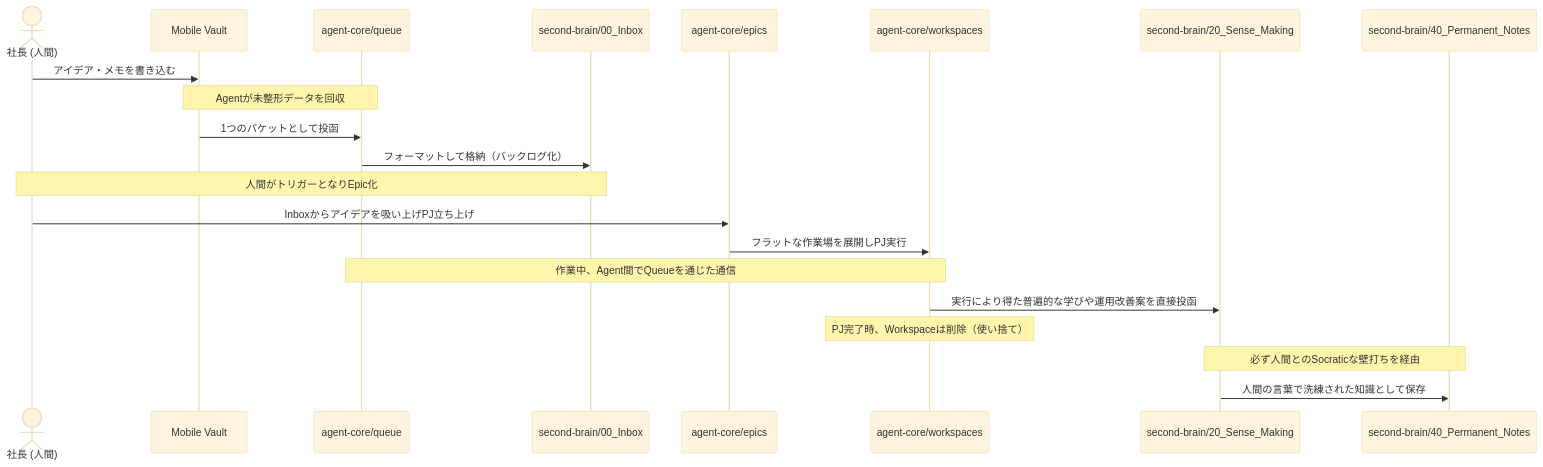
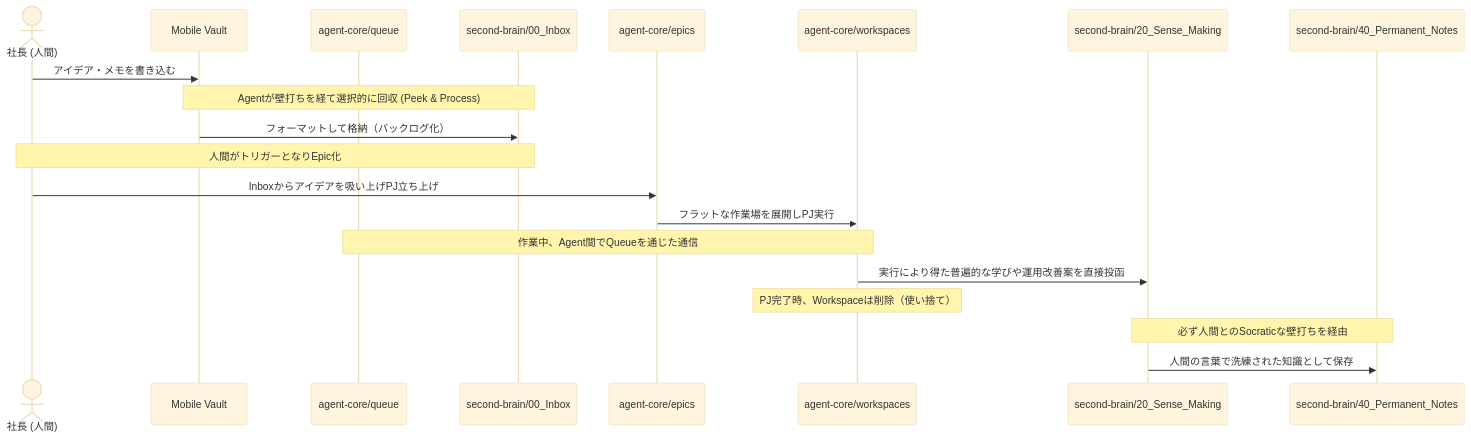
The diagram in docs/architecture/data_flow.md (shoheiHasegawa/agent-core), drawn with Mermaid (base theme) before and after one commit. The commit also changed other lines of this file and 62 other files, not shown here.

````diff
--- a/docs/architecture/data_flow.md
+++ b/docs/architecture/data_flow.md
@@ -8,31 +8,30 @@
 ```mermaid
 sequenceDiagram
     actor User as 社長 (人間)
     participant Mobile as Mobile Vault
     participant Queue as agent-core/queue
     participant Inbox as second-brain/00_Inbox
     participant Epic as agent-core/epics
     participant Workspace as agent-core/workspaces
     participant SenseMaking as second-brain/20_Sense_Making
     participant PermNotes as second-brain/40_Permanent_Notes
     
     %% フェーズ1: 投入と整形
     User->>Mobile: アイデア・メモを書き込む
-    note over Mobile,Queue: Agentが未整形データを回収
-    Mobile->>Queue: 1つのパケットとして投函
-    Queue->>Inbox: フォーマットして格納（バックログ化）
+    note over Mobile,Inbox: Agentが壁打ちを経て選択的に回収 (Peek & Process)
+    Mobile->>Inbox: フォーマットして格納（バックログ化）
     
     %% フェーズ2: プロジェクト実行
     note over User,Inbox: 人間がトリガーとなりEpic化
     User->>Epic: Inboxからアイデアを吸い上げPJ立ち上げ
     Epic->>Workspace: フラットな作業場を展開しPJ実行
     note over Workspace,Queue: 作業中、Agent間でQueueを通じた通信
     
     %% フェーズ3: 学びと改善の抽出 (Continuous Harvesting)
     Workspace->>SenseMaking: 実行により得た普遍的な学びや運用改善案を直接投函
     note over Workspace: PJ完了時、Workspaceは削除（使い捨て）
     
     %% フェーズ4: 知識の永続化
     note over SenseMaking,PermNotes: 必ず人間とのSocraticな壁打ちを経由
     SenseMaking->>PermNotes: 人間の言葉で洗練された知識として保存
 ```
````
